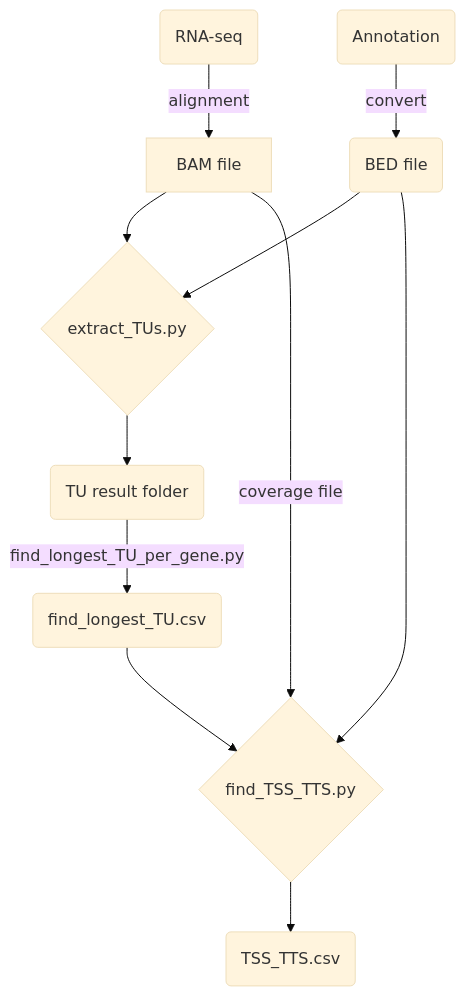
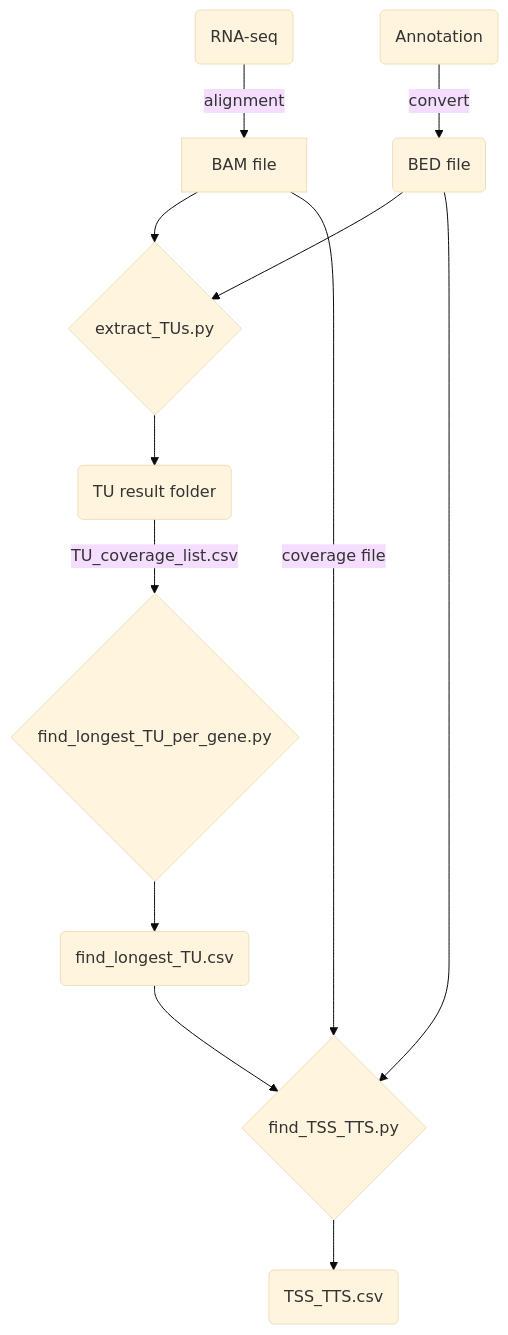
One commit to lrslab/TUFinder changed the diagram in README.md. Above: the diagram before and after it, drawn with Mermaid (base theme).

````diff
--- a/README.md
+++ b/README.md
@@ -5,14 +5,15 @@
 ```mermaid
 graph TD
 	A1(RNA-seq)-->|alignment| C1[BAM file]
   A2(Annotation)-->|convert| C2[BED file]
     C1 --> D{extract_TUs.py} 
     C2(BED file) --> D{extract_TUs.py}
     D{extract_TUs.py} -->  E(TU result folder)
-    E --> |find_longest_TU_per_gene.py| F(find_longest_TU.csv)
+    E --> |TU_coverage_list.csv|E1{find_longest_TU_per_gene.py}
+    E1 --> F(find_longest_TU.csv)
     C2 --> G
     C1 --> |coverage file|G
     F --> G{find_TSS_TTS.py}
     G --> H(TSS_TTS.csv)
     
 ```
````
